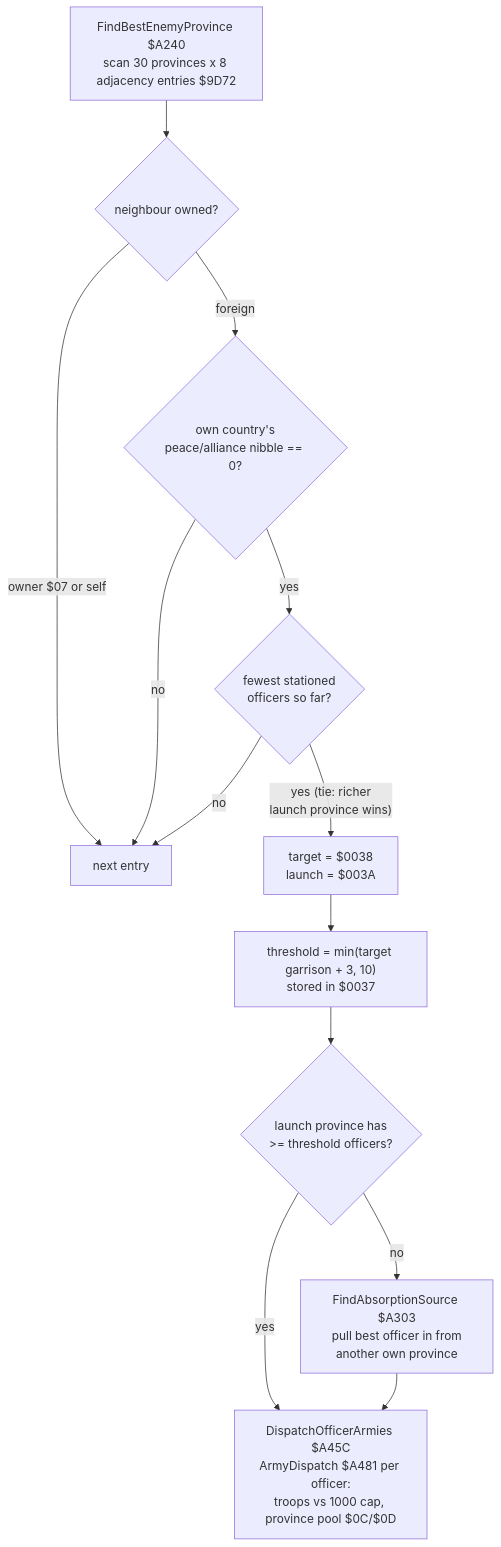
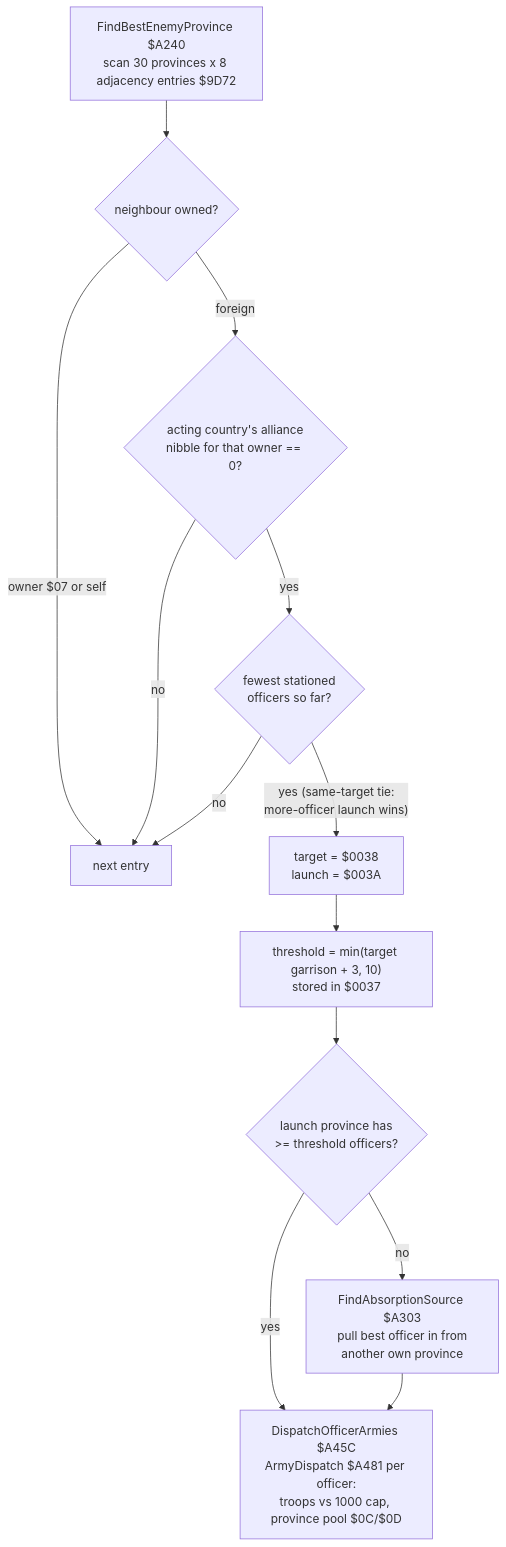
One commit to rabbyzero/sango2dasm changed the second of 7 diagrams in code/ai_vs_ai_war_resolution.md. Above: the diagram before and after it, drawn with Mermaid. The commit also changed other lines of this file and 27 other files, not shown here.

````diff
--- a/code/ai_vs_ai_war_resolution.md
+++ b/code/ai_vs_ai_war_resolution.md
@@ -100,15 +101,15 @@
 ```mermaid
 flowchart TD
     TGT["FindBestEnemyProvince $A240<br/>scan 30 provinces x 8 adjacency entries $9D72"] --> OWN{"neighbour owned?"}
     OWN -- "owner $07 or self" --> NEXT["next entry"]
-    OWN -- "foreign" --> NIB{"own country's<br/>peace/alliance nibble == 0?"}
+    OWN -- "foreign" --> NIB{"acting country's alliance<br/>nibble for that owner == 0?"}
     NIB -- "no" --> NEXT
     NIB -- "yes" --> BEST{"fewest stationed<br/>officers so far?"}
-    BEST -- "yes (tie: richer<br/>launch province wins)" --> KEEP["target = $0038<br/>launch = $003A"]
+    BEST -- "yes (same-target tie:<br/>more-officer launch wins)" --> KEEP["target = $0038<br/>launch = $003A"]
     BEST -- "no" --> NEXT
     KEEP --> THR["threshold = min(target garrison + 3, 10)<br/>stored in $0037"]
     THR --> THIN{"launch province has<br/>>= threshold officers?"}
     THIN -- "no" --> FAS["FindAbsorptionSource $A303<br/>pull best officer in from<br/>another own province"]
     THIN -- "yes" --> MUSTER
     FAS --> MUSTER["DispatchOfficerArmies $A45C<br/>ArmyDispatch $A481 per officer:<br/>troops vs 1000 cap, province pool $0C/$0D"]
 ```
````
